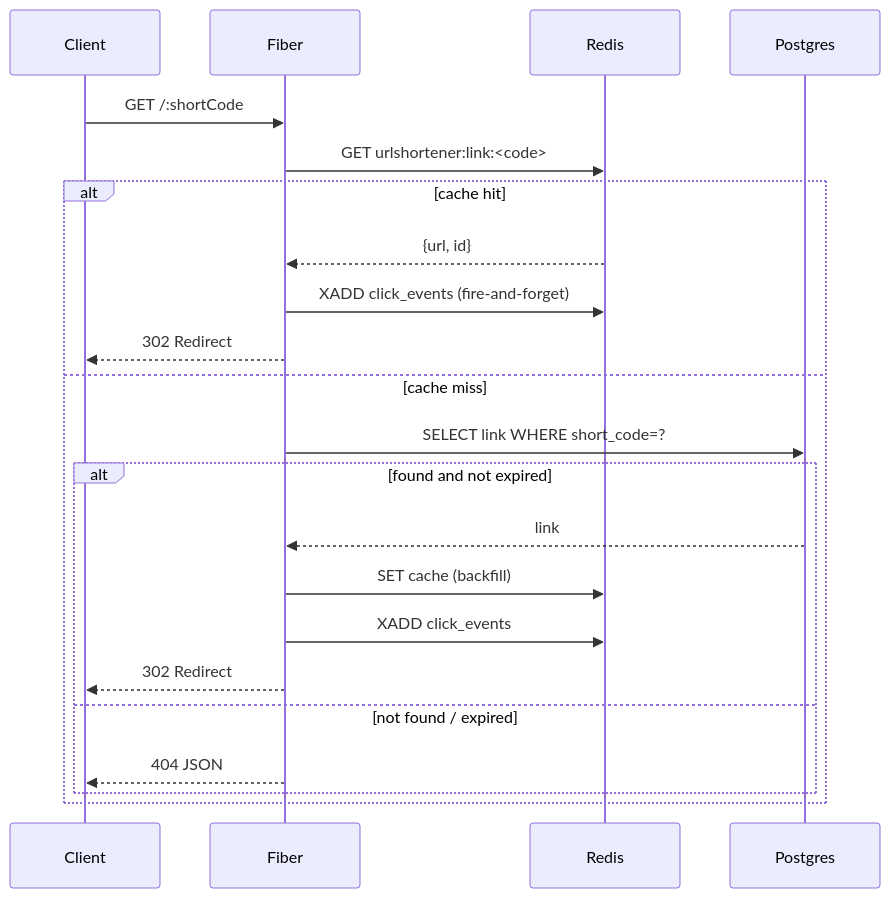
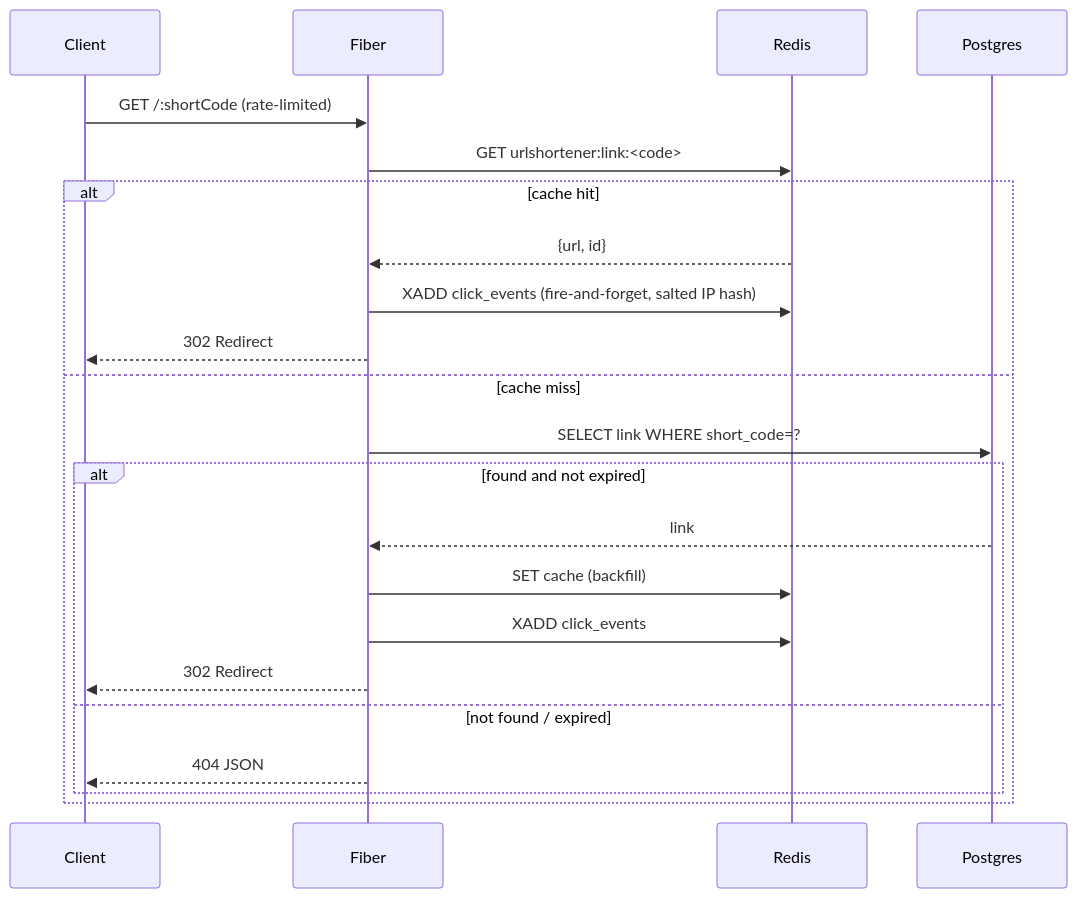
Before and after one commit to secretJod/Url-Shortner: the third of 7 diagrams in docs/system-design/02-high-level-design.md, drawn with Mermaid. The commit also changed other lines of this file and 17 other files, not shown here.

````diff
--- a/docs/system-design/02-high-level-design.md
+++ b/docs/system-design/02-high-level-design.md
@@ -58,24 +68,24 @@
 ```mermaid
 sequenceDiagram
     participant C as Client
     participant API as Fiber
     participant R as Redis
     participant PG as Postgres
-    C->>API: GET /:shortCode
+    C->>API: GET /:shortCode (rate-limited)
     API->>R: GET urlshortener:link:<code>
     alt cache hit
         R-->>API: {url, id}
-        API->>R: XADD click_events (fire-and-forget)
+        API->>R: XADD click_events (fire-and-forget, salted IP hash)
         API-->>C: 302 Redirect
     else cache miss
         API->>PG: SELECT link WHERE short_code=?
         alt found and not expired
             PG-->>API: link
             API->>R: SET cache (backfill)
             API->>R: XADD click_events
             API-->>C: 302 Redirect
         else not found / expired
             API-->>C: 404 JSON
         end
     end
 ```
````
